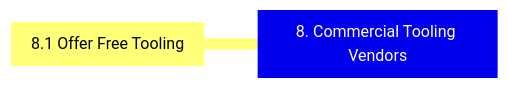
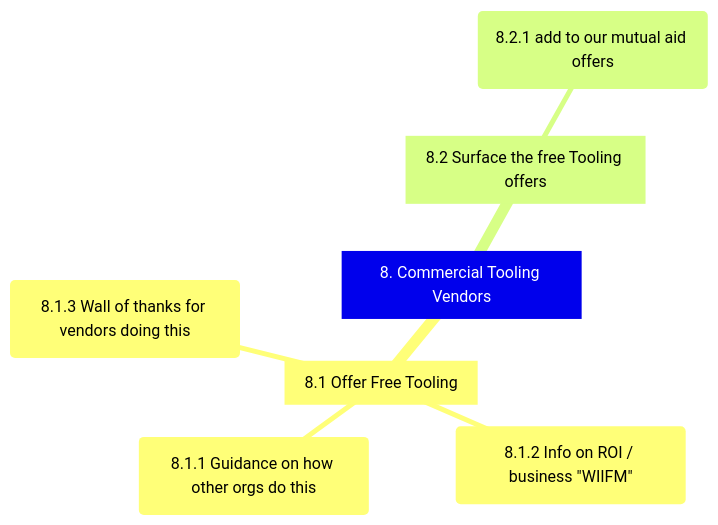
The eighth of 8 diagrams in README.md (AWiderDotNET/home), drawn with Mermaid before and after one commit.

````diff
--- a/README.md
+++ b/README.md
@@ -138,5 +138,10 @@
 ```mermaid
 mindmap
   8[8. Commercial Tooling Vendors]
     8.1[8.1 Offer Free Tooling]
+      8.1.1(8.1.1 Guidance on how other orgs do this)
+      8.1.2(8.1.2 Info on ROI / business "WIIFM")
+      8.1.3(8.1.3 Wall of thanks for vendors doing this)
+    8.2[8.2 Surface the free Tooling offers]
+       8.2.1(8.2.1 add to our mutual aid offers)
 ```
````
